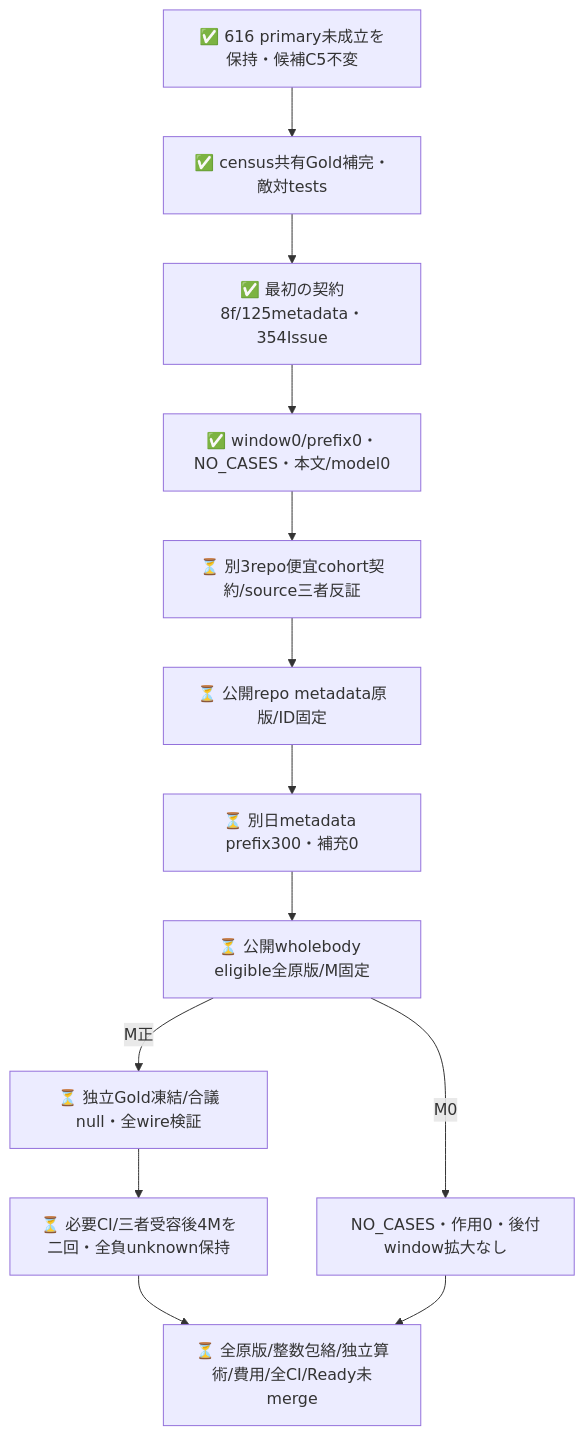
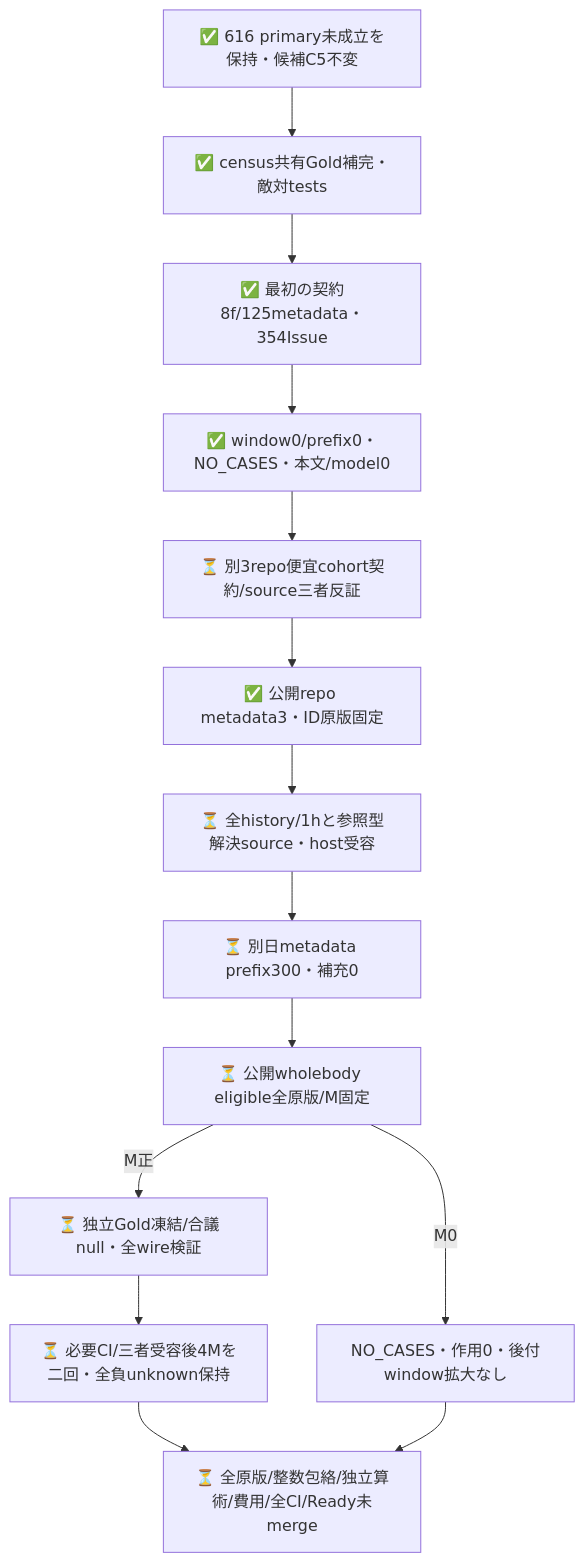
The second of 2 diagrams in experiments/sys1-eval-loop/census/README.md (roccho-org/ops), drawn with Mermaid before and after one commit. The commit also changed other lines of this file and 15 other files, not shown here.

````diff
--- a/experiments/sys1-eval-loop/census/README.md
+++ b/experiments/sys1-eval-loop/census/README.md
@@ -53,15 +57,16 @@
 ```mermaid
 flowchart TB
   OLD[✅ 616 primary未成立を保持・候補C5不変] --> MATH[✅ census共有Gold補完・敵対tests]
   MATH --> FIRST[✅ 最初の契約8f/125metadata・354Issue]
   FIRST --> ZERO[✅ window0/prefix0・NO_CASES・本文/model0]
   ZERO --> REVIEW[⏳ 別3repo便宜cohort契約/source三者反証]
-  REVIEW --> SCOPE[⏳ 公開repo metadata原版/ID固定]
-  SCOPE --> META[⏳ 別日metadata prefix300・補充0]
+  REVIEW --> SCOPE[✅ 公開repo metadata3・ID原版固定]
+  SCOPE --> ADMIT[⏳ 全history/1hと参照型解決source・host受容]
+  ADMIT --> META[⏳ 別日metadata prefix300・補充0]
   META --> FRAME[⏳ 公開wholebody eligible全原版/M固定]
   FRAME -->|M0| EMPTY[NO_CASES・作用0・後付window拡大なし]
   FRAME -->|M正| GOLD[⏳ 独立Gold凍結/合議null・全wire検証]
   GOLD --> EFFECT[⏳ 必要CI/三者受容後4Mを二回・全負unknown保持]
   EFFECT --> END[⏳ 全原版/整数包絡/独立算術/費用/全CI/Ready未merge]
   EMPTY --> END
 ```
````
